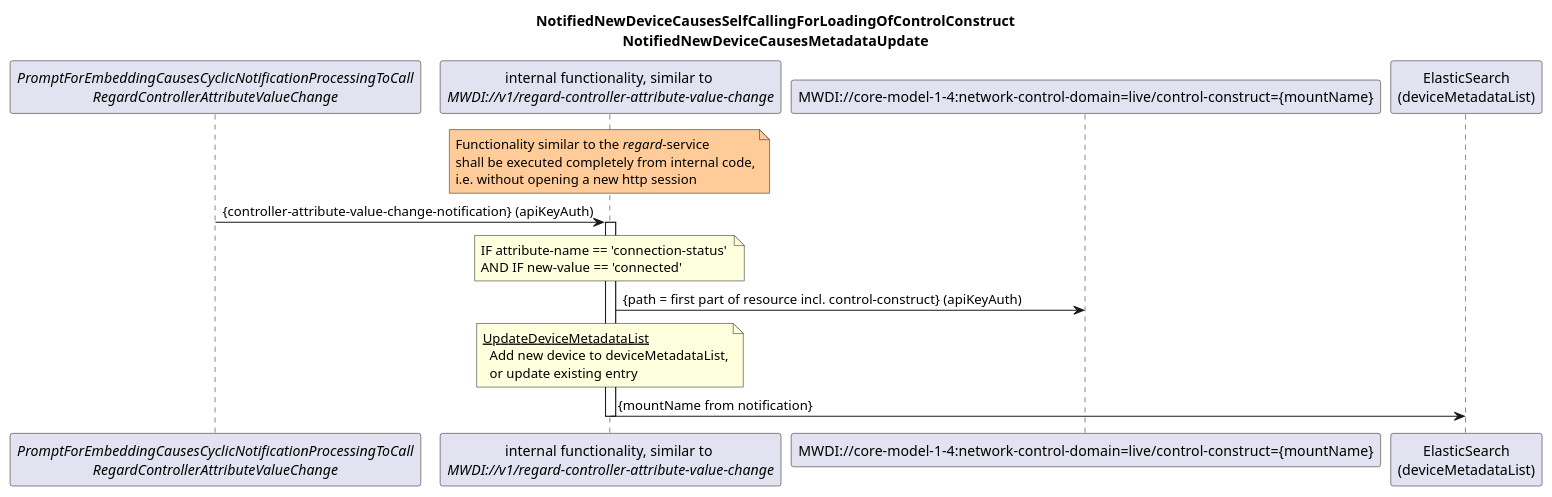
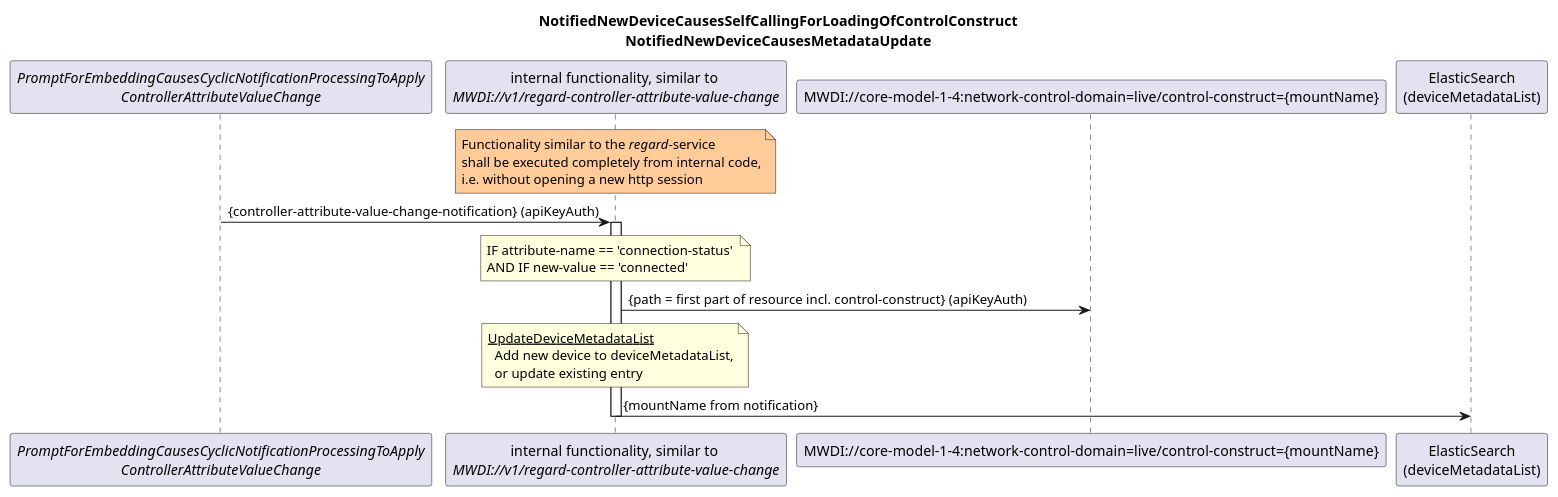
The diagram in spec/diagrams/020_NotificationBasedDeviceListSyncAddUpdate.plantuml (openBackhaul/MicroWaveDeviceInventory), drawn with PlantUML before and after one commit. The commit also changed 11 other files, not shown here.

Commit message:
Update forwardingNames in diagrams

```diff
--- a/spec/diagrams/020_NotificationBasedDeviceListSyncAddUpdate.plantuml
+++ b/spec/diagrams/020_NotificationBasedDeviceListSyncAddUpdate.plantuml
@@ -1,39 +1,39 @@
 @startuml 020_NotificationBasedDeviceListSyncAddUpdate
 skinparam responseMessageBelowArrow true
 
 title  
   NotifiedNewDeviceCausesSelfCallingForLoadingOfControlConstruct
   NotifiedNewDeviceCausesMetadataUpdate
 end title
 
-participant "<i>PromptForEmbeddingCausesCyclicNotificationProcessingToCall</i>\n<i>RegardControllerAttributeValueChange</i>" as init
+participant "<i>PromptForEmbeddingCausesCyclicNotificationProcessingToApply</i>\n<i>ControllerAttributeValueChange</i>" as init
 participant "internal functionality, similar to \n<i>MWDI://v1/regard-controller-attribute-value-change</i>" as regardNewDevice
 participant "MWDI://core-model-1-4:network-control-domain=live/control-construct={mountName}" as liveControlConstruct
 participant "ElasticSearch\n(deviceMetadataList)" as es
 
 note over regardNewDevice #ffcc99
   Functionality similar to the <i>regard</i>-service
   shall be executed completely from internal code,
   i.e. without opening a new http session
 end note
 
 init -> regardNewDevice: {controller-attribute-value-change-notification} (apiKeyAuth)
 activate regardNewDevice
 
 note over regardNewDevice
 IF attribute-name == 'connection-status' 
 AND IF new-value == 'connected'
 end note
 
 regardNewDevice -> liveControlConstruct: {path = first part of resource incl. control-construct} (apiKeyAuth)
 
 note over regardNewDevice
   <u>UpdateDeviceMetadataList</u>
     Add new device to deviceMetadataList,
     or update existing entry
 end note
 regardNewDevice -> es: {mountName from notification}
 
 deactivate regardNewDevice
 
 @enduml
```
